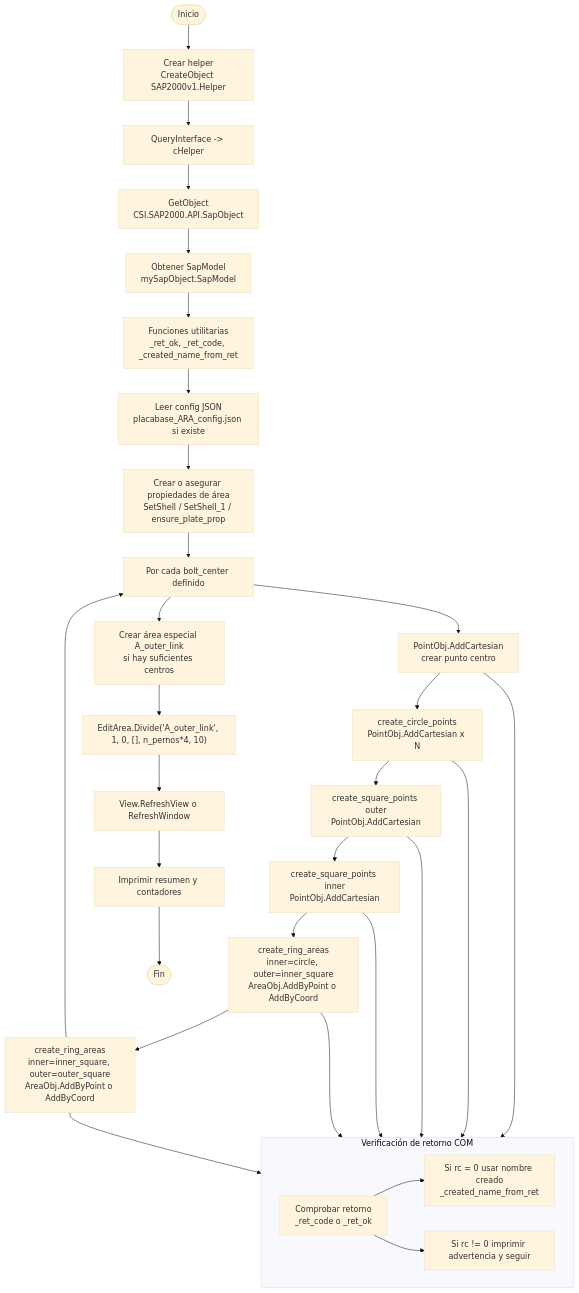
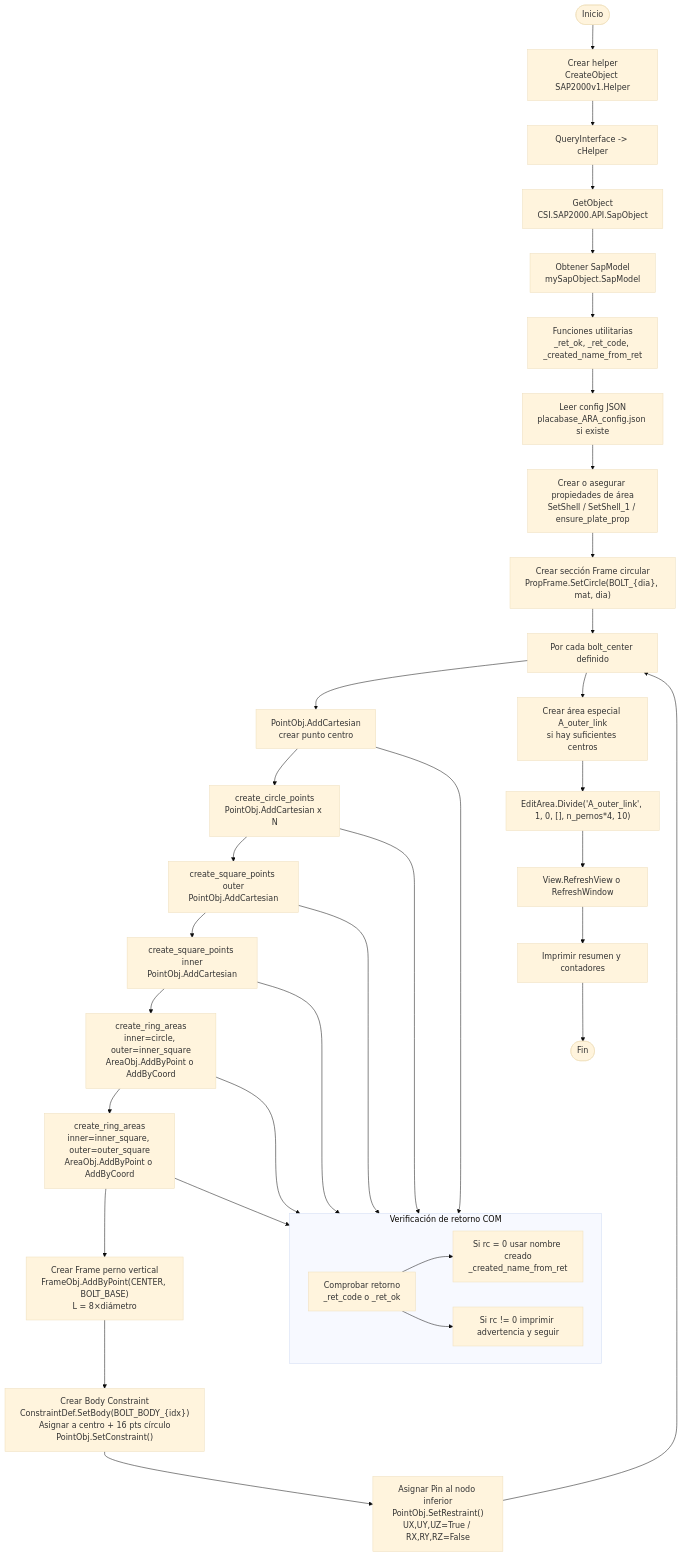
Before and after one commit to fcocarrascob/SAPy2000: the diagram in Placa_Base/docs/placabase_ARA_flow.md, drawn with Mermaid (base theme). The commit also changed other lines of this file and 5 other files, not shown here.

First line of the commit message:
feat: Enhance Base Plate Module with Bolt Frame and Material Configuration

````diff
--- a/Placa_Base/docs/placabase_ARA_flow.md
+++ b/Placa_Base/docs/placabase_ARA_flow.md
@@ -5,45 +5,50 @@
 ```mermaid
 flowchart TD
   Start([Inicio])
   H["Crear helper<br/>CreateObject SAP2000v1.Helper"]
   Q["QueryInterface -> cHelper"]
   G["GetObject<br/>CSI.SAP2000.API.SapObject"]
   SM["Obtener SapModel<br/>mySapObject.SapModel"]
   CFG["Leer config JSON<br/>placabase_ARA_config.json si existe"]
   UT["Funciones utilitarias<br/>_ret_ok, _ret_code, _created_name_from_ret"]
   PROP["Crear o asegurar propiedades de área<br/>SetShell / SetShell_1 / ensure_plate_prop"]
+  BOLTSEC["Crear sección Frame circular<br/>PropFrame.SetCircle(BOLT_{dia}, mat, dia)"]
   LOOP["Por cada bolt_center definido"]
   AddCenter["PointObj.AddCartesian<br/>crear punto centro"]
   CreateCircle["create_circle_points<br/>PointObj.AddCartesian x N"]
   CreateOuterSquare["create_square_points outer<br/>PointObj.AddCartesian"]
   CreateInnerSquare["create_square_points inner<br/>PointObj.AddCartesian"]
   RingInner["create_ring_areas<br/>inner=circle, outer=inner_square<br/>AreaObj.AddByPoint o AddByCoord"]
   RingOuter["create_ring_areas<br/>inner=inner_square, outer=outer_square<br/>AreaObj.AddByPoint o AddByCoord"]
+  BoltFrame["Crear Frame perno vertical<br/>FrameObj.AddByPoint(CENTER, BOLT_BASE)<br/>L = 8×diámetro"]
+  BodyConst["Crear Body Constraint<br/>ConstraintDef.SetBody(BOLT_BODY_{idx})<br/>Asignar a centro + 16 pts círculo<br/>PointObj.SetConstraint()"]
+  PinRestraint["Asignar Pin al nodo inferior<br/>PointObj.SetRestraint()<br/>UX,UY,UZ=True / RX,RY,RZ=False"]
   LinkArea["Crear área especial A_outer_link<br/>si hay suficientes centros"]
   DivideArea["EditArea.Divide('A_outer_link', 1, 0, [], n_pernos*4, 10)"]
   REF["View.RefreshView o RefreshWindow"]
   Summary["Imprimir resumen y contadores"]
   End([Fin])
 
-  Start --> H --> Q --> G --> SM --> UT --> CFG --> PROP --> LOOP
+  Start --> H --> Q --> G --> SM --> UT --> CFG --> PROP --> BOLTSEC --> LOOP
   LOOP --> AddCenter --> CreateCircle --> CreateOuterSquare --> CreateInnerSquare
   CreateInnerSquare --> RingInner --> RingOuter
-  RingOuter --> LOOP
+  RingOuter --> BoltFrame --> BodyConst --> PinRestraint
+  PinRestraint --> LOOP
   LOOP --> LinkArea --> DivideArea --> REF --> Summary --> End
 
   subgraph CheckRet["Verificación de retorno COM"]
     C1["Comprobar retorno<br/>_ret_code o _ret_ok"]
     C2["Si rc = 0 usar nombre creado<br/>_created_name_from_ret"]
     C3["Si rc != 0 imprimir advertencia y seguir"]
     C1 --> C2
     C1 --> C3
   end
   AddCenter --> CheckRet
   CreateCircle --> CheckRet
   CreateOuterSquare --> CheckRet
   CreateInnerSquare --> CheckRet
   RingInner --> CheckRet
   RingOuter --> CheckRet
 
 
 ```
````
